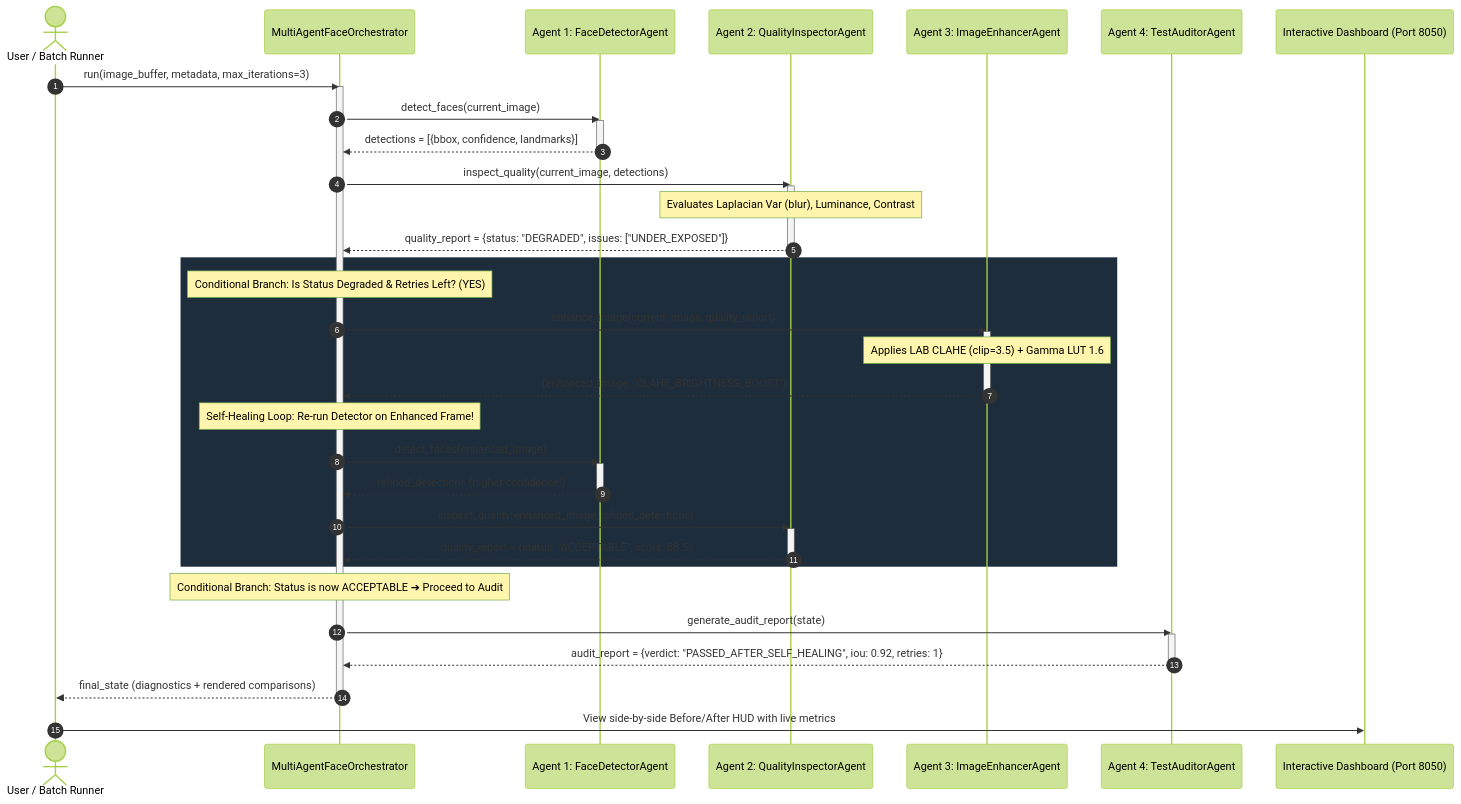
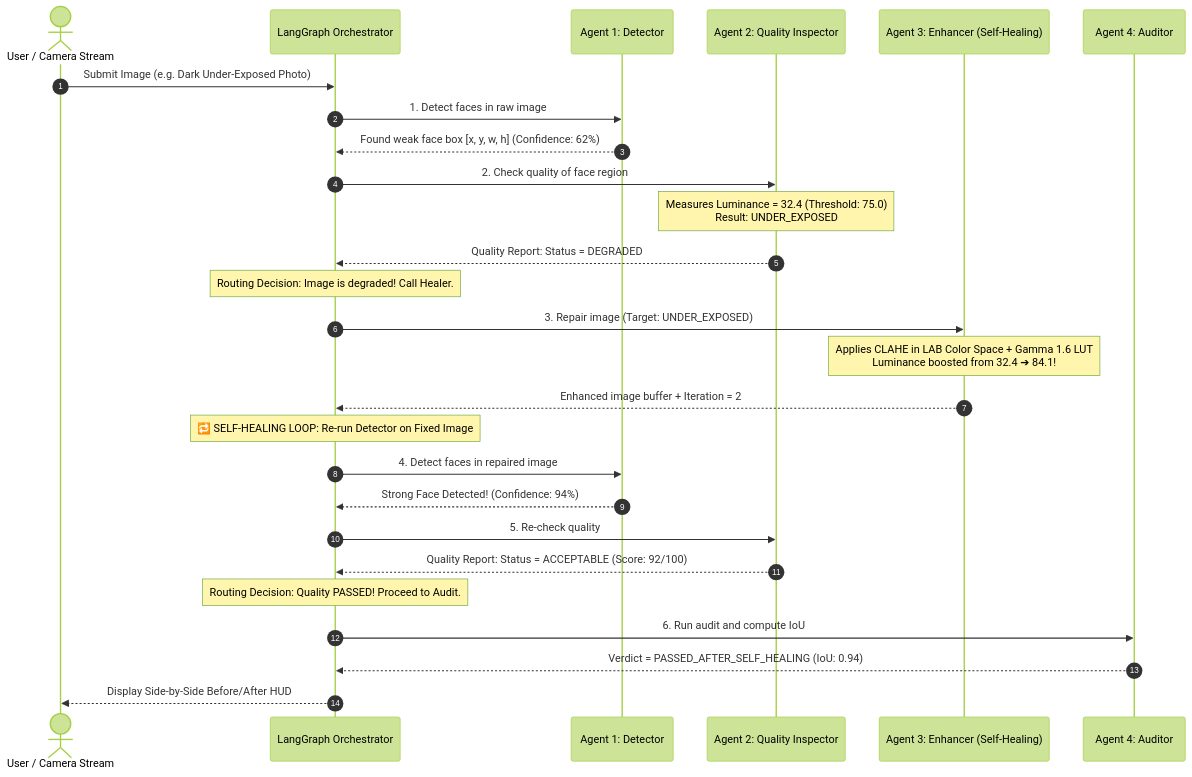
Before and after one commit to pankajatd/face-detection-hitl-sdlc: the third of 3 diagrams in README.md, drawn with Mermaid (forest theme). The commit also changed other lines of this file, not shown here.

Commit message:
Enhance README: Add beginner-friendly explanation, visual flowcharts, and detailed unit test breakdown

````diff
--- a/README.md
+++ b/README.md
@@ -168,55 +131,36 @@
 ```mermaid
 sequenceDiagram
     autonumber
-    actor User as User / Batch Runner
-    participant Orchestrator as MultiAgentFaceOrchestrator
-    participant Detector as Agent 1: FaceDetectorAgent
-    participant Inspector as Agent 2: QualityInspectorAgent
-    participant Enhancer as Agent 3: ImageEnhancerAgent
-    participant Auditor as Agent 4: TestAuditorAgent
-    participant WebUI as Interactive Dashboard (Port 8050)
+    actor User as User / Camera Stream
+    participant Graph as LangGraph Orchestrator
+    participant D as Agent 1: Detector
+    participant Q as Agent 2: Quality Inspector
+    participant E as Agent 3: Enhancer (Self-Healing)
+    participant A as Agent 4: Auditor
 
-    User->>Orchestrator: run(image_buffer, metadata, max_iterations=3)
-    activate Orchestrator
-    Orchestrator->>Detector: detect_faces(current_image)
-    activate Detector
-    Detector-->>Orchestrator: detections = [{bbox, confidence, landmarks}]
-    deactivate Detector
-
-    Orchestrator->>Inspector: inspect_quality(current_image, detections)
-    activate Inspector
-    Note over Inspector: Evaluates Laplacian Var (blur), Luminance, Contrast
-    Inspector-->>Orchestrator: quality_report = {status: "DEGRADED", issues: ["UNDER_EXPOSED"]}
-    deactivate Inspector
-
-    rect rgb(30, 45, 60)
-        Note over Orchestrator: Conditional Branch: Is Status Degraded & Retries Left? (YES)
-        Orchestrator->>Enhancer: enhance_image(current_image, quality_report)
-        activate Enhancer
-        Note over Enhancer: Applies LAB CLAHE (clip=3.5) + Gamma LUT 1.6
-        Enhancer-->>Orchestrator: (enhanced_image, "CLAHE_BRIGHTNESS_BOOST")
-        deactivate Enhancer
-
-        Note over Orchestrator: Self-Healing Loop: Re-run Detector on Enhanced Frame!
-        Orchestrator->>Detector: detect_faces(enhanced_image)
-        activate Detector
-        Detector-->>Orchestrator: refined_detections (higher confidence!)
-        deactivate Detector
-
-        Orchestrator->>Inspector: inspect_quality(enhanced_image, refined_detections)
-        activate Inspector
-        Inspector-->>Orchestrator: quality_report = {status: "ACCEPTABLE", score: 88.5}
-        deactivate Inspector
-    end
-
-    Note over Orchestrator: Conditional Branch: Status is now ACCEPTABLE ➔ Proceed to Audit
-    Orchestrator->>Auditor: generate_audit_report(state)
-    activate Auditor
-    Auditor-->>Orchestrator: audit_report = {verdict: "PASSED_AFTER_SELF_HEALING", iou: 0.92, retries: 1}
-    deactivate Auditor
-
-    Orchestrator-->>User: final_state (diagnostics + rendered comparisons)
-    deactivate Orchestrator
-
-    User->>WebUI: View side-by-side Before/After HUD with live metrics
+    User->>Graph: Submit Image (e.g. Dark Under-Exposed Photo)
+    Graph->>D: 1. Detect faces in raw image
+    D-->>Graph: Found weak face box [x, y, w, h] (Confidence: 62%)
+    
+    Graph->>Q: 2. Check quality of face region
+    Note over Q: Measures Luminance = 32.4 (Threshold: 75.0)<br/>Result: UNDER_EXPOSED
+    Q-->>Graph: Quality Report: Status = DEGRADED
+    
+    Note over Graph: Routing Decision: Image is degraded! Call Healer.
+    Graph->>E: 3. Repair image (Target: UNDER_EXPOSED)
+    Note over E: Applies CLAHE in LAB Color Space + Gamma 1.6 LUT<br/>Luminance boosted from 32.4 ➔ 84.1!
+    E-->>Graph: Enhanced image buffer + Iteration = 2
+    
+    Note over Graph: 🔁 SELF-HEALING LOOP: Re-run Detector on Fixed Image
+    Graph->>D: 4. Detect faces in repaired image
+    D-->>Graph: Strong Face Detected! (Confidence: 94%)
+    
+    Graph->>Q: 5. Re-check quality
+    Q-->>Graph: Quality Report: Status = ACCEPTABLE (Score: 92/100)
+    
+    Note over Graph: Routing Decision: Quality PASSED! Proceed to Audit.
+    Graph->>A: 6. Run audit and compute IoU
+    A-->>Graph: Verdict = PASSED_AFTER_SELF_HEALING (IoU: 0.94)
+    
+    Graph-->>User: Display Side-by-Side Before/After HUD
 ```
````
